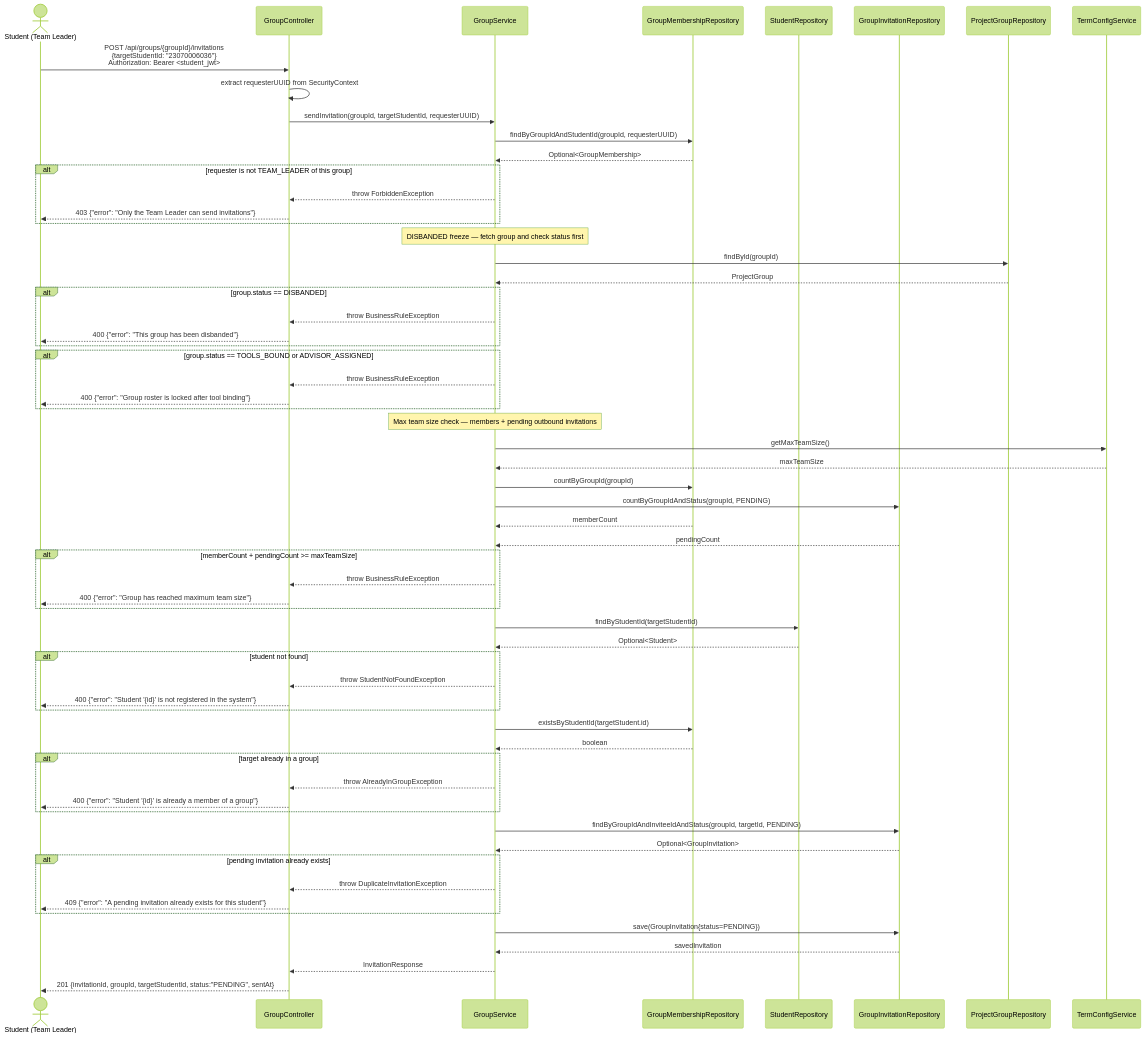
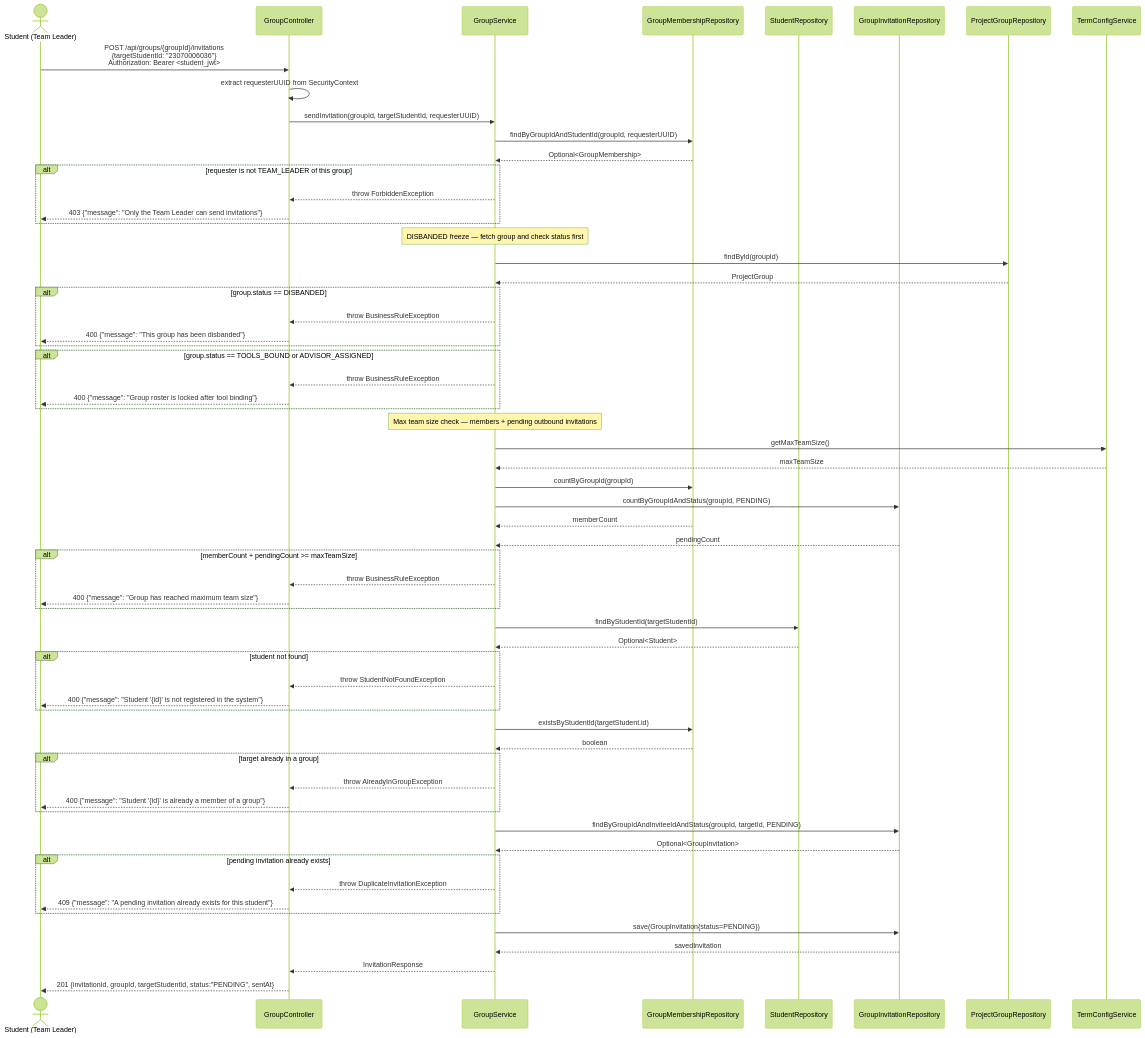
The second of 4 diagrams in docs/process2/sequences/2.2_invitation_send_p2.md (SE3318-Spring-2025-2026/senior-app-6), drawn with Mermaid (forest theme) before and after one commit. The commit also changed other lines of this file and 27 other files, not shown here.

````diff
--- a/docs/process2/sequences/2.2_invitation_send_p2.md
+++ b/docs/process2/sequences/2.2_invitation_send_p2.md
@@ -35,80 +35,80 @@
 ```mermaid
 sequenceDiagram
     actor Student as Student (Team Leader)
     participant GroupController
     participant GroupService
     participant GroupMembershipRepository
     participant StudentRepository
     participant GroupInvitationRepository
 
     Student->>GroupController: POST /api/groups/{groupId}/invitations<br/>{targetStudentId: "23070006036"}<br/>Authorization: Bearer <student_jwt>
 
     GroupController->>GroupController: extract requesterUUID from SecurityContext
 
     GroupController->>GroupService: sendInvitation(groupId, targetStudentId, requesterUUID)
 
     GroupService->>GroupMembershipRepository: findByGroupIdAndStudentId(groupId, requesterUUID)
     GroupMembershipRepository-->>GroupService: Optional<GroupMembership>
 
     alt requester is not TEAM_LEADER of this group
         GroupService-->>GroupController: throw ForbiddenException
-        GroupController-->>Student: 403 {"error": "Only the Team Leader can send invitations"}
+        GroupController-->>Student: 403 {"message": "Only the Team Leader can send invitations"}
     end
 
     Note over GroupService: DISBANDED freeze — fetch group and check status first
     GroupService->>ProjectGroupRepository: findById(groupId)
     ProjectGroupRepository-->>GroupService: ProjectGroup
 
     alt group.status == DISBANDED
         GroupService-->>GroupController: throw BusinessRuleException
-        GroupController-->>Student: 400 {"error": "This group has been disbanded"}
+        GroupController-->>Student: 400 {"message": "This group has been disbanded"}
     end
 
     alt group.status == TOOLS_BOUND or ADVISOR_ASSIGNED
         GroupService-->>GroupController: throw BusinessRuleException
-        GroupController-->>Student: 400 {"error": "Group roster is locked after tool binding"}
+        GroupController-->>Student: 400 {"message": "Group roster is locked after tool binding"}
     end
 
     Note over GroupService: Max team size check — members + pending outbound invitations
     GroupService->>TermConfigService: getMaxTeamSize()
     TermConfigService-->>GroupService: maxTeamSize
     GroupService->>GroupMembershipRepository: countByGroupId(groupId)
     GroupService->>GroupInvitationRepository: countByGroupIdAndStatus(groupId, PENDING)
     GroupMembershipRepository-->>GroupService: memberCount
     GroupInvitationRepository-->>GroupService: pendingCount
 
     alt memberCount + pendingCount >= maxTeamSize
         GroupService-->>GroupController: throw BusinessRuleException
-        GroupController-->>Student: 400 {"error": "Group has reached maximum team size"}
+        GroupController-->>Student: 400 {"message": "Group has reached maximum team size"}
     end
 
     GroupService->>StudentRepository: findByStudentId(targetStudentId)
     StudentRepository-->>GroupService: Optional<Student>
 
     alt student not found
         GroupService-->>GroupController: throw StudentNotFoundException
-        GroupController-->>Student: 400 {"error": "Student '{id}' is not registered in the system"}
+        GroupController-->>Student: 400 {"message": "Student '{id}' is not registered in the system"}
     end
 
     GroupService->>GroupMembershipRepository: existsByStudentId(targetStudent.id)
     GroupMembershipRepository-->>GroupService: boolean
 
     alt target already in a group
         GroupService-->>GroupController: throw AlreadyInGroupException
-        GroupController-->>Student: 400 {"error": "Student '{id}' is already a member of a group"}
+        GroupController-->>Student: 400 {"message": "Student '{id}' is already a member of a group"}
     end
 
     GroupService->>GroupInvitationRepository: findByGroupIdAndInviteeIdAndStatus(groupId, targetId, PENDING)
     GroupInvitationRepository-->>GroupService: Optional<GroupInvitation>
 
     alt pending invitation already exists
         GroupService-->>GroupController: throw DuplicateInvitationException
-        GroupController-->>Student: 409 {"error": "A pending invitation already exists for this student"}
+        GroupController-->>Student: 409 {"message": "A pending invitation already exists for this student"}
     end
 
     GroupService->>GroupInvitationRepository: save(GroupInvitation{status=PENDING})
     GroupInvitationRepository-->>GroupService: savedInvitation
 
     GroupService-->>GroupController: InvitationResponse
     GroupController-->>Student: 201 {invitationId, groupId, targetStudentId, status:"PENDING", sentAt}
 ```
````
